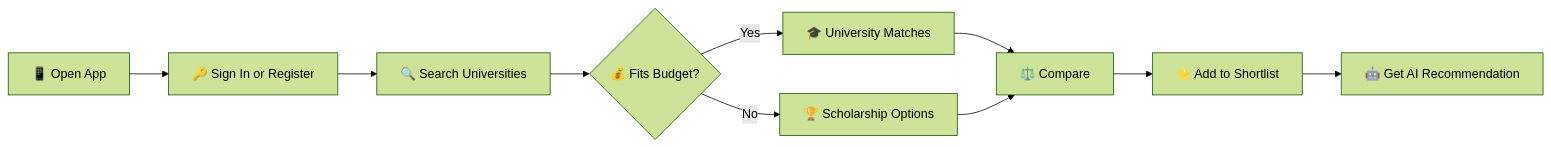
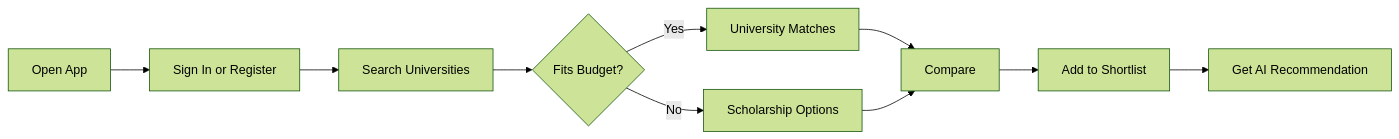
The diagram in README.md (AbdulAzeemHashmi/pak-university-advisor), drawn with Mermaid (forest theme) before and after one commit. The commit also changed other lines of this file, not shown here.

````diff
--- a/README.md
+++ b/README.md
@@ -53,12 +53,12 @@
 ```mermaid
 flowchart LR
-    A[📱 Open App] --> B[🔑 Sign In or Register]
-    B --> C[🔍 Search Universities]
-    C --> D{💰 Fits Budget?}
-    D -->|Yes| E[🎓 University Matches]
-    D -->|No| F[🏆 Scholarship Options]
-    E --> G[⚖️ Compare]
+    A[Open App] --> B[Sign In or Register]
+    B --> C[Search Universities]
+    C --> D{Fits Budget?}
+    D -->|Yes| E[University Matches]
+    D -->|No| F[Scholarship Options]
+    E --> G[Compare]
     F --> G
-    G --> H[⭐ Add to Shortlist]
-    H --> I[🤖 Get AI Recommendation]
+    G --> H[Add to Shortlist]
+    H --> I[Get AI Recommendation]
 ```
````
